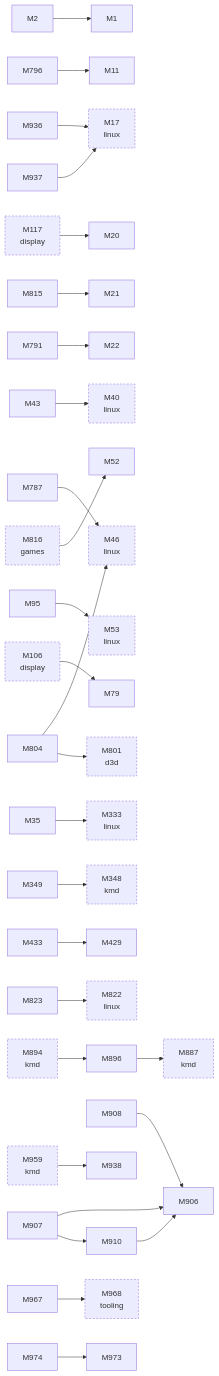
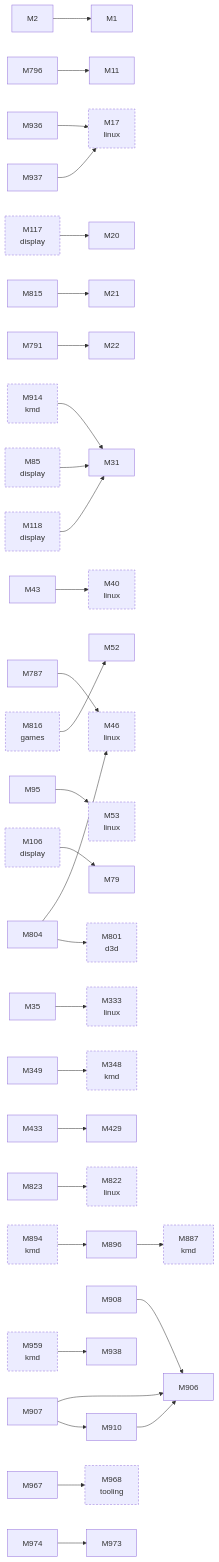
One commit to D-Ogi/amdgpu-wddm changed the third of 3 diagrams in docs/facts/graphs/hardware.md. Above: the diagram before and after it, drawn with Mermaid. The commit also changed 27 other files, not shown here.

````diff
--- a/docs/facts/graphs/hardware.md
+++ b/docs/facts/graphs/hardware.md
@@ -225,6 +220,7 @@
   M20["M20"]
   M21["M21"]
   M22["M22"]
+  M31["M31"]
   M35["M35"]
   M40["M40<br/>linux"]
   M43["M43"]
@@ -232,9 +228,11 @@
   M52["M52"]
   M53["M53<br/>linux"]
   M79["M79"]
+  M85["M85<br/>display"]
   M95["M95"]
   M106["M106<br/>display"]
   M117["M117<br/>display"]
+  M118["M118<br/>display"]
   M333["M333<br/>linux"]
   M348["M348<br/>kmd"]
   M349["M349"]
@@ -256,6 +254,7 @@
   M907["M907"]
   M908["M908"]
   M910["M910"]
+  M914["M914<br/>kmd"]
   M936["M936"]
   M937["M937"]
   M938["M938"]
@@ -287,10 +286,13 @@
   M967 --> M968
   M974 --> M973
   M894 --> M896
+  M914 --> M31
   M959 --> M938
+  M85 --> M31
   M106 --> M79
   M117 --> M20
+  M118 --> M31
   M816 --> M52
   classDef other stroke-dasharray:4 3
-  class M17,M40,M46,M53,M106,M117,M333,M348,M801,M816,M822,M887,M894,M959,M968 other
+  class M17,M40,M46,M53,M85,M106,M117,M118,M333,M348,M801,M816,M822,M887,M894,M914,M959,M968 other
 ```
````
